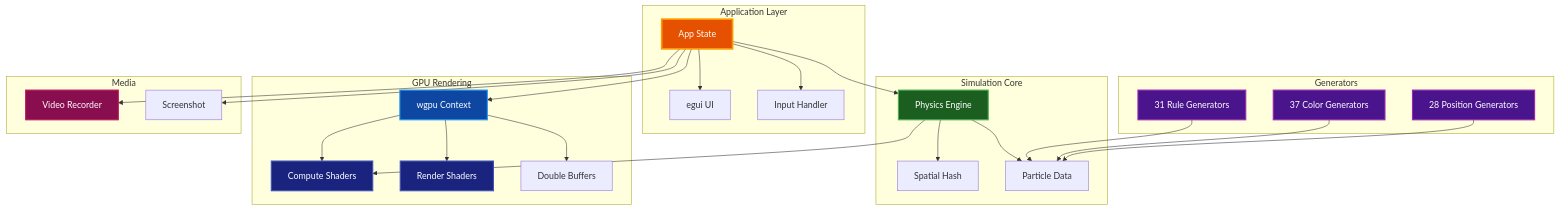
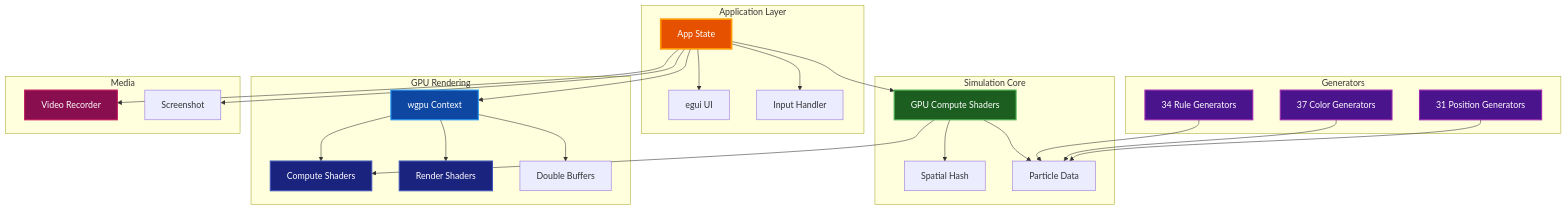
One commit to paulrobello/par-particle-life changed the diagram in README.md. Above: the diagram before and after it, drawn with Mermaid. The commit also changed other lines of this file and 44 other files, not shown here.

````diff
--- a/README.md
+++ b/README.md
@@ -216,62 +234,62 @@
 ```mermaid
 graph TB
     subgraph "Application Layer"
         App[App State]
         UI[egui UI]
         Input[Input Handler]
     end
 
     subgraph "Simulation Core"
-        Physics[Physics Engine]
+        Physics[GPU Compute Shaders]
         Spatial[Spatial Hash]
         Particles[Particle Data]
     end
 
     subgraph "Generators"
-        Rules[31 Rule Generators]
+        Rules[34 Rule Generators]
         Colors[37 Color Generators]
-        Positions[28 Position Generators]
+        Positions[31 Position Generators]
     end
 
     subgraph "GPU Rendering"
         Context[wgpu Context]
         Compute[Compute Shaders]
         Render[Render Shaders]
         Buffers[Double Buffers]
     end
 
     subgraph "Media"
         Video[Video Recorder]
         Screenshot[Screenshot]
     end
 
     App --> UI
     App --> Input
     App --> Physics
     App --> Context
 
     Physics --> Spatial
     Physics --> Particles
     Physics --> Compute
 
     Rules --> Particles
     Colors --> Particles
     Positions --> Particles
 
     Context --> Compute
     Context --> Render
     Context --> Buffers
 
     App --> Video
     App --> Screenshot
 
     style App fill:#e65100,stroke:#ff9800,stroke-width:3px,color:#ffffff
     style Physics fill:#1b5e20,stroke:#4caf50,stroke-width:2px,color:#ffffff
     style Context fill:#0d47a1,stroke:#2196f3,stroke-width:2px,color:#ffffff
     style Rules fill:#4a148c,stroke:#9c27b0,stroke-width:2px,color:#ffffff
     style Colors fill:#4a148c,stroke:#9c27b0,stroke-width:2px,color:#ffffff
     style Positions fill:#4a148c,stroke:#9c27b0,stroke-width:2px,color:#ffffff
     style Compute fill:#1a237e,stroke:#3f51b5,stroke-width:2px,color:#ffffff
     style Render fill:#1a237e,stroke:#3f51b5,stroke-width:2px,color:#ffffff
     style Video fill:#880e4f,stroke:#c2185b,stroke-width:2px,color:#ffffff
 ```
````
